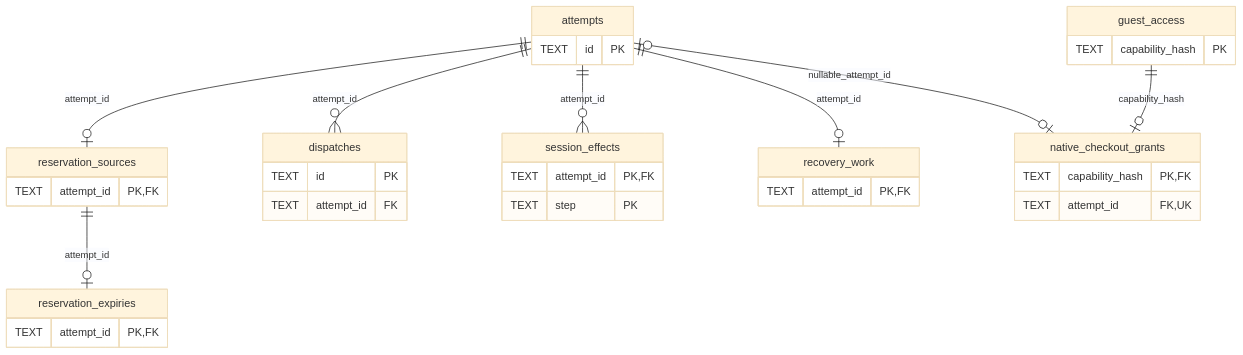
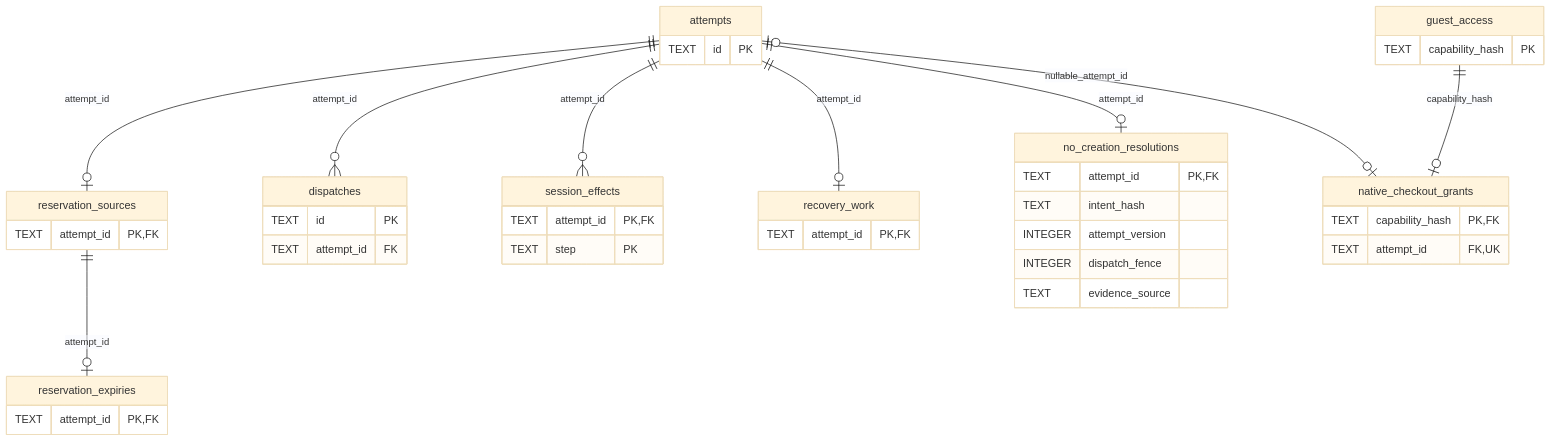
One commit to soccerbotstudiosg/soccerbotstudioSG changed the second of 8 diagrams in docs/architecture/database-schema.md. Above: the diagram before and after it, drawn with Mermaid (base theme). The commit also changed other lines of this file and 63 other files, not shown here.

````diff
--- a/docs/architecture/database-schema.md
+++ b/docs/architecture/database-schema.md
@@ -40,27 +41,35 @@
 ```mermaid
 erDiagram
   attempts ||--o| reservation_sources : attempt_id
   reservation_sources ||--o| reservation_expiries : attempt_id
   reservation_sources { TEXT attempt_id PK, FK }
   reservation_expiries { TEXT attempt_id PK, FK }
   attempts ||--o{ dispatches : attempt_id
   attempts ||--o{ session_effects : attempt_id
   attempts ||--o| recovery_work : attempt_id
+  attempts ||--o| no_creation_resolutions : attempt_id
   attempts o|--o| native_checkout_grants : nullable_attempt_id
   guest_access ||--o| native_checkout_grants : capability_hash
   attempts { TEXT id PK }
   guest_access { TEXT capability_hash PK }
   native_checkout_grants {
     TEXT capability_hash PK, FK
     TEXT attempt_id FK, UK
   }
   dispatches {
     TEXT id PK
     TEXT attempt_id FK
   }
   session_effects {
     TEXT attempt_id PK, FK
     TEXT step PK
   }
   recovery_work { TEXT attempt_id PK, FK }
+  no_creation_resolutions {
+    TEXT attempt_id PK, FK
+    TEXT intent_hash
+    INTEGER attempt_version
+    INTEGER dispatch_fence
+    TEXT evidence_source
+  }
 ```
````
